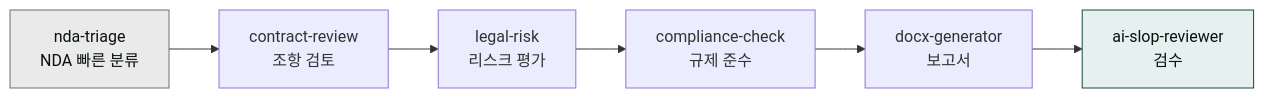
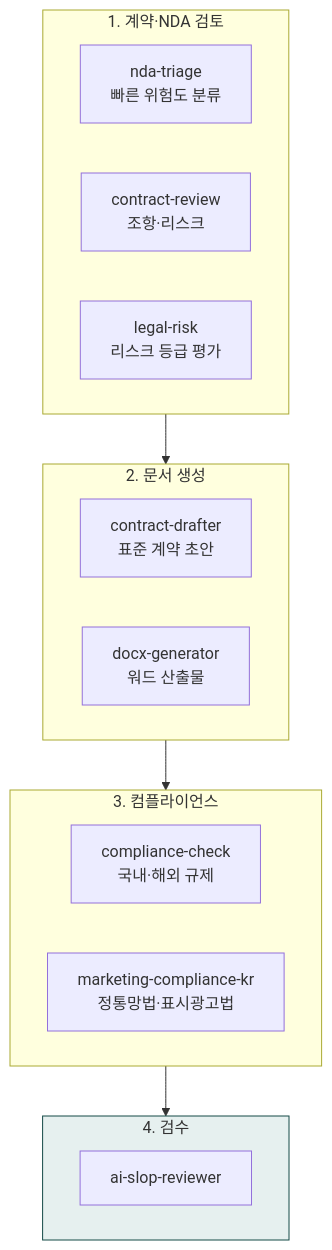
One commit to modu-ai/claude changed the diagram in content/cookbook/tracks/track-legal.md. Above: the diagram before and after it, drawn with Mermaid. The commit also changed other lines of this file and 92 other files, not shown here.

````diff
--- a/content/cookbook/tracks/track-legal.md
+++ b/content/cookbook/tracks/track-legal.md
@@ -13,11 +14,21 @@
 ```mermaid
-flowchart LR
-    A["nda-triage<br/>NDA 빠른 분류"] --> B["contract-review<br/>조항 검토"]
-    B --> C["legal-risk<br/>리스크 평가"]
-    C --> D["compliance-check<br/>규제 준수"]
-    D --> E["docx-generator<br/>보고서"]
-    E --> F["ai-slop-reviewer<br/>검수"]
-
-    style A fill:#eaeaea,stroke:#6e6e6e,color:#09110f
-    style F fill:#e6f0ef,stroke:#144a46,color:#09110f
+flowchart TD
+    subgraph 검토["1. 계약·NDA 검토"]
+        A1["nda-triage<br/>빠른 위험도 분류"]
+        A2["contract-review<br/>조항·리스크"]
+        A3["legal-risk<br/>리스크 등급 평가"]
+    end
+    subgraph 생성["2. 문서 생성"]
+        B1["contract-drafter<br/>표준 계약 초안"]
+        B2["docx-generator<br/>워드 산출물"]
+    end
+    subgraph 규제["3. 컴플라이언스"]
+        C1["compliance-check<br/>국내·해외 규제"]
+        C2["marketing-compliance-kr<br/>정통망법·표시광고법"]
+    end
+    subgraph 검수["4. 검수"]
+        D1["ai-slop-reviewer"]
+    end
+    검토 --> 생성 --> 규제 --> 검수
+    style 검수 fill:#e6f0ef,stroke:#144a46
 ```
````
